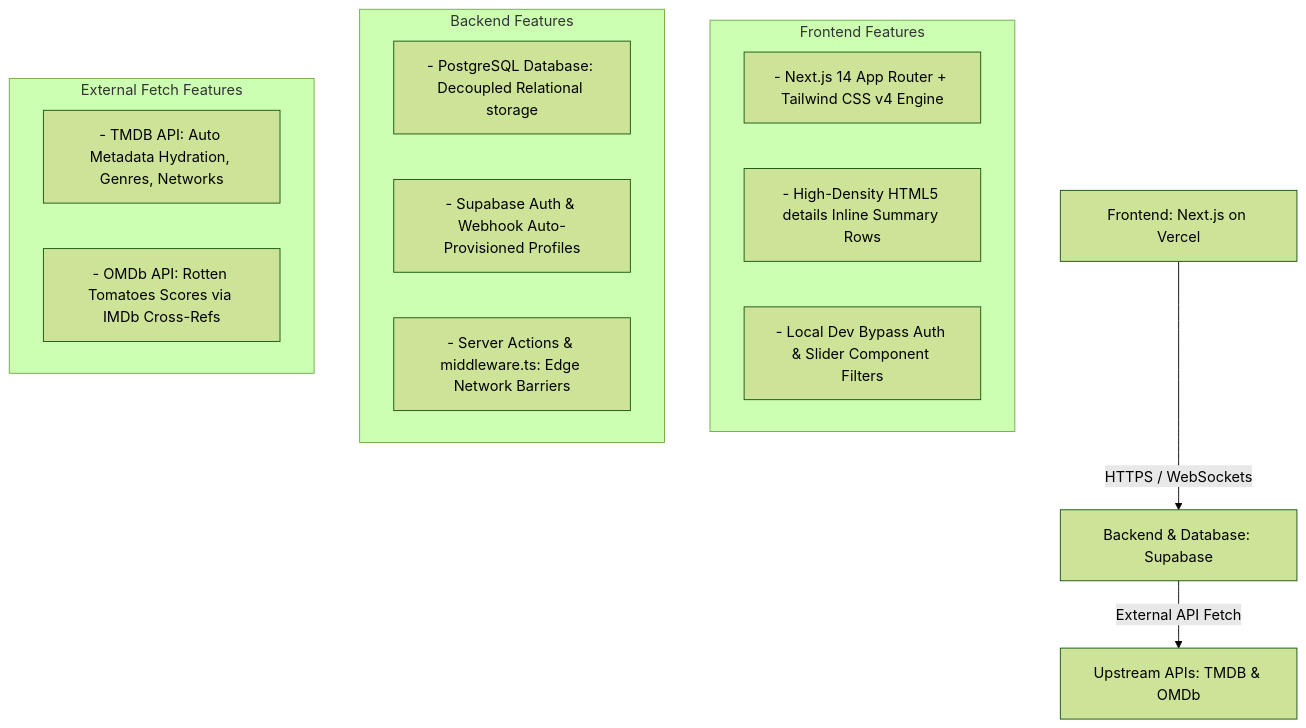
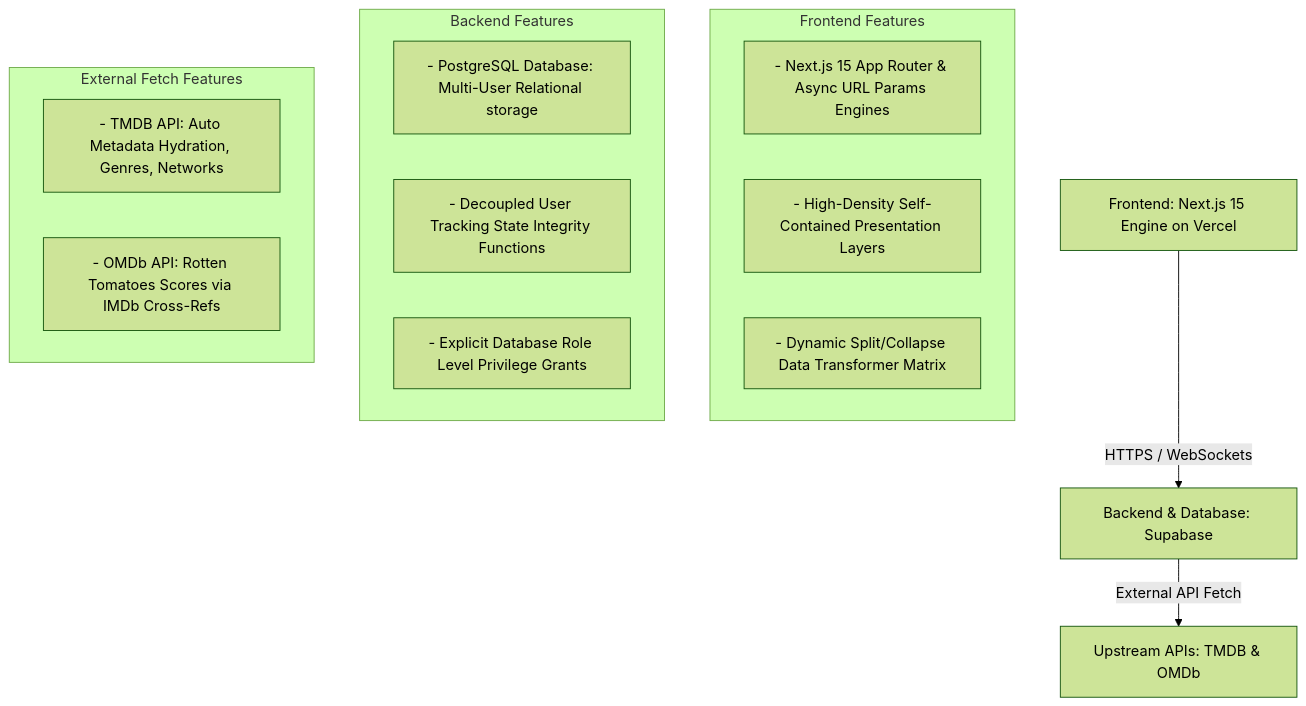
The diagram in GEMINI.md (divisiblebyzero-uk/dbz-tvt), drawn with Mermaid (forest theme) before and after one commit. The commit also changed other lines of this file and 8 other files, not shown here.

````diff
--- a/GEMINI.md
+++ b/GEMINI.md
@@ -9,22 +9,22 @@
 ```mermaid
 graph TD
-    A[Frontend: Next.js on Vercel] -->|HTTPS / WebSockets| B[Backend & Database: Supabase]
+    A[Frontend: Next.js 15 Engine on Vercel] -->|HTTPS / WebSockets| B[Backend & Database: Supabase]
     B -->|External API Fetch| C[Upstream APIs: TMDB & OMDb]
 
     subgraph Frontend Features
-    A1[- Next.js 14 App Router + Tailwind CSS v4 Engine]
-    A2[- High-Density HTML5 details Inline Summary Rows]
-    A3[- Local Dev Bypass Auth & Slider Component Filters]
+    A1[- Next.js 15 App Router & Async URL Params Engines]
+    A2[- High-Density Self-Contained Presentation Layers]
+    A3[- Dynamic Split/Collapse Data Transformer Matrix]
     end
 
     subgraph Backend Features
-    B1[- PostgreSQL Database: Decoupled Relational storage]
-    B2[- Supabase Auth & Webhook Auto-Provisioned Profiles]
-    B3[- Server Actions & middleware.ts: Edge Network Barriers]
+    B1[- PostgreSQL Database: Multi-User Relational storage]
+    B2[- Decoupled User Tracking State Integrity Functions]
+    B3[- Explicit Database Role Level Privilege Grants]
     end
 
     subgraph External Fetch Features
     C1[- TMDB API: Auto Metadata Hydration, Genres, Networks]
     C2[- OMDb API: Rotten Tomatoes Scores via IMDb Cross-Refs]
     end
 ```
````
